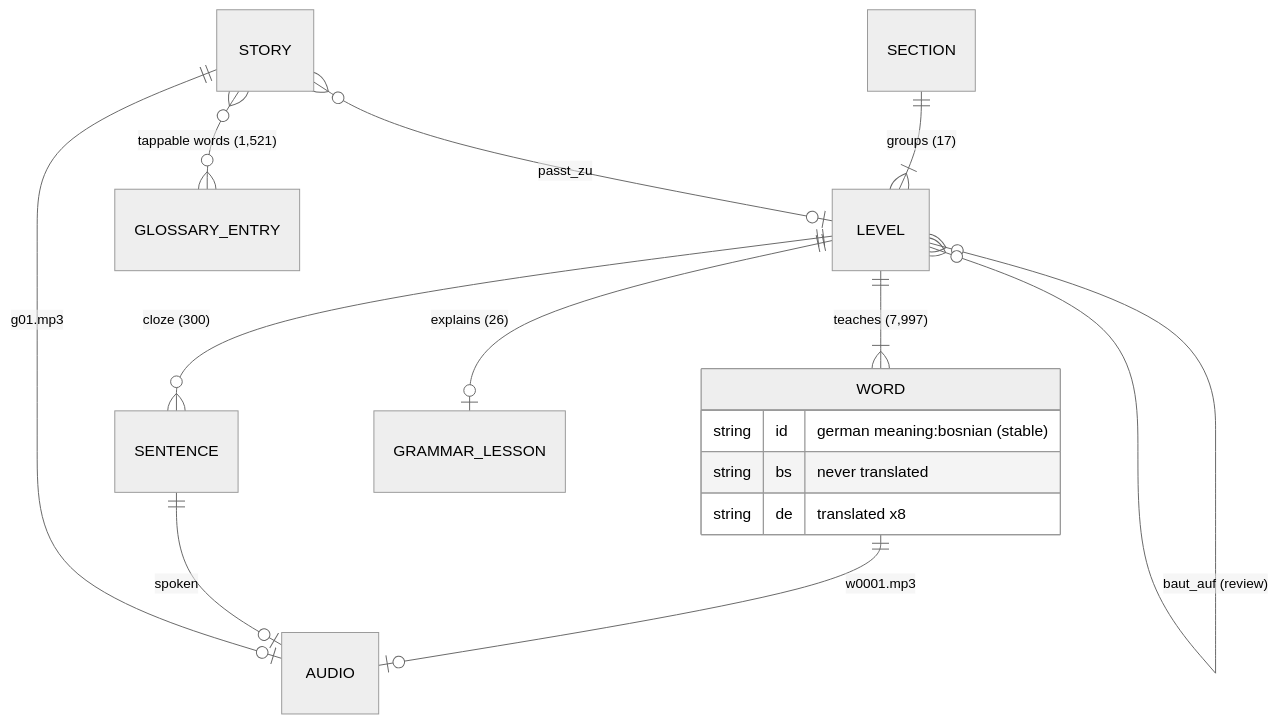
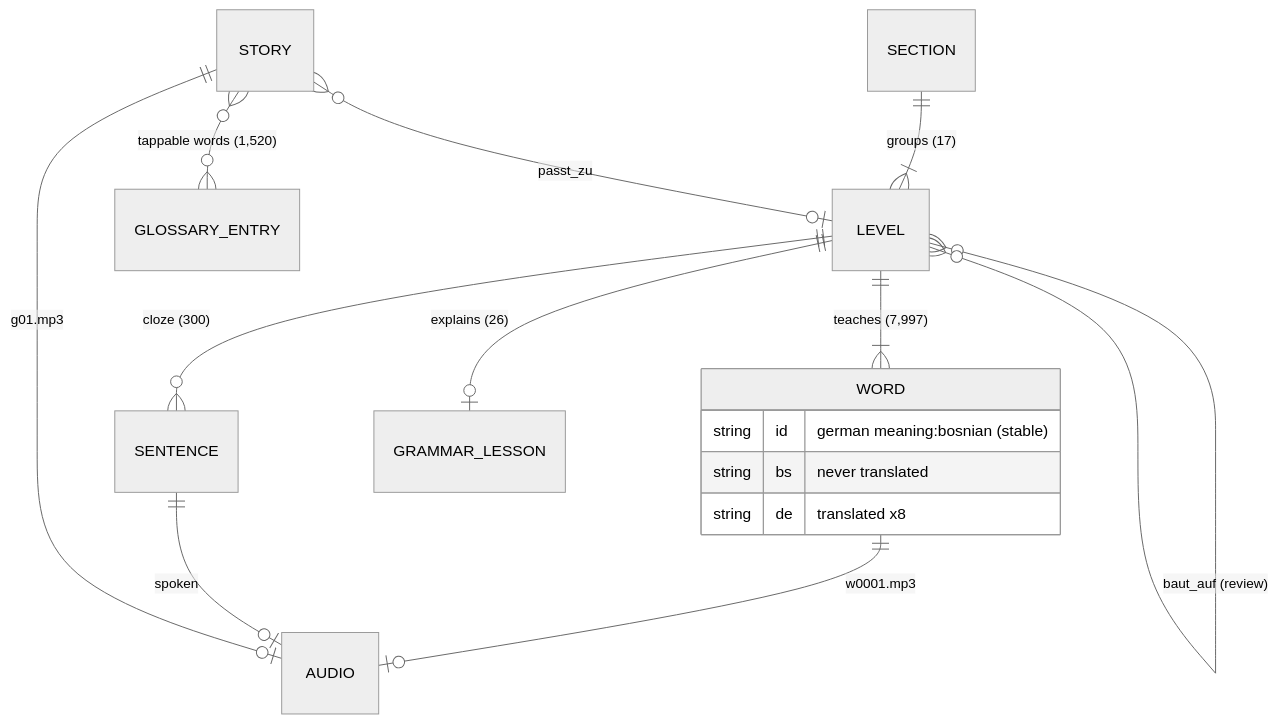
The second of 3 diagrams in docs/ARCHITECTURE.md (zmaj-lernapp/zmaj), drawn with Mermaid (neutral theme) before and after one commit. The commit also changed 19 other files, not shown here.

````diff
--- a/docs/ARCHITECTURE.md
+++ b/docs/ARCHITECTURE.md
@@ -54,18 +54,18 @@
 ```mermaid
 erDiagram
   SECTION ||--|{ LEVEL : "groups (17)"
   LEVEL ||--|{ WORD : "teaches (7,997)"
   LEVEL ||--o{ SENTENCE : "cloze (300)"
   LEVEL ||--o| GRAMMAR_LESSON : "explains (26)"
   LEVEL }o--o{ LEVEL : "baut_auf (review)"
   STORY }o--o| LEVEL : "passt_zu"
-  STORY }o--o{ GLOSSARY_ENTRY : "tappable words (1,521)"
+  STORY }o--o{ GLOSSARY_ENTRY : "tappable words (1,520)"
   WORD ||--o| AUDIO : "w0001.mp3"
   SENTENCE ||--o| AUDIO : "spoken"
   STORY ||--o| AUDIO : "g01.mp3"
   WORD {
     string id "german meaning:bosnian (stable)"
     string bs "never translated"
     string de "translated x8"
   }
 ```
````
